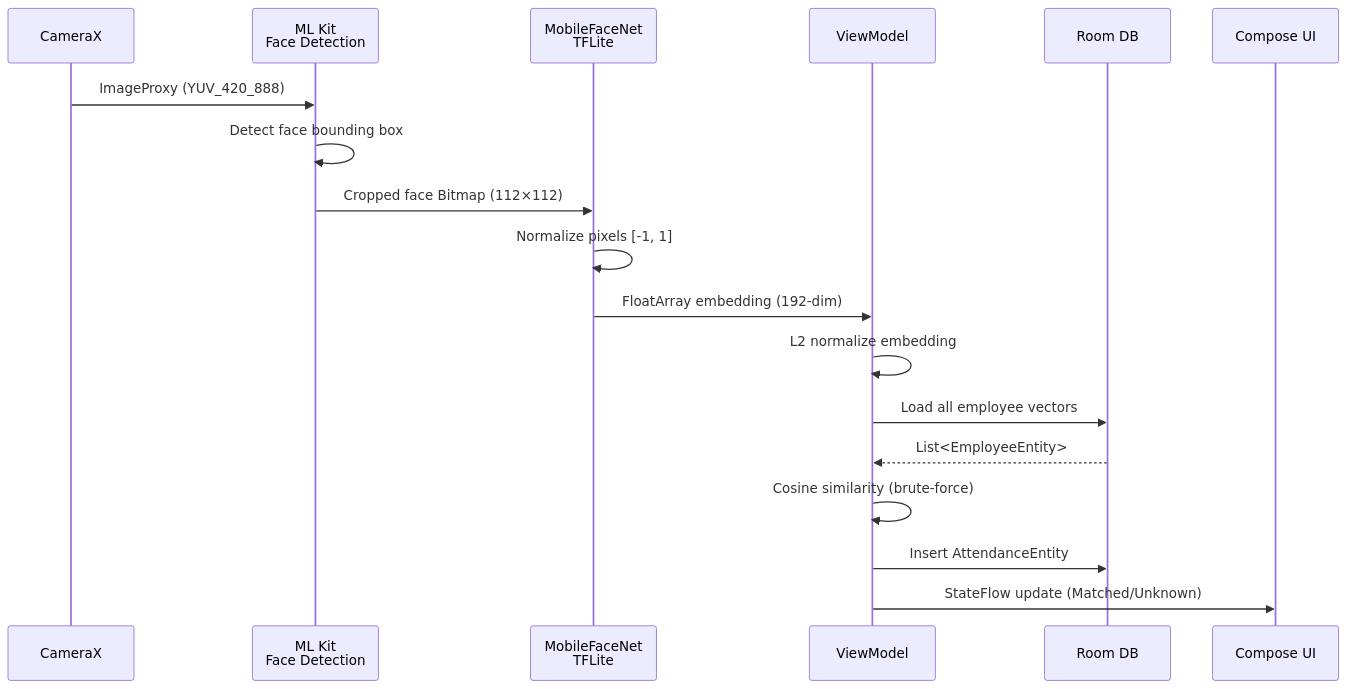
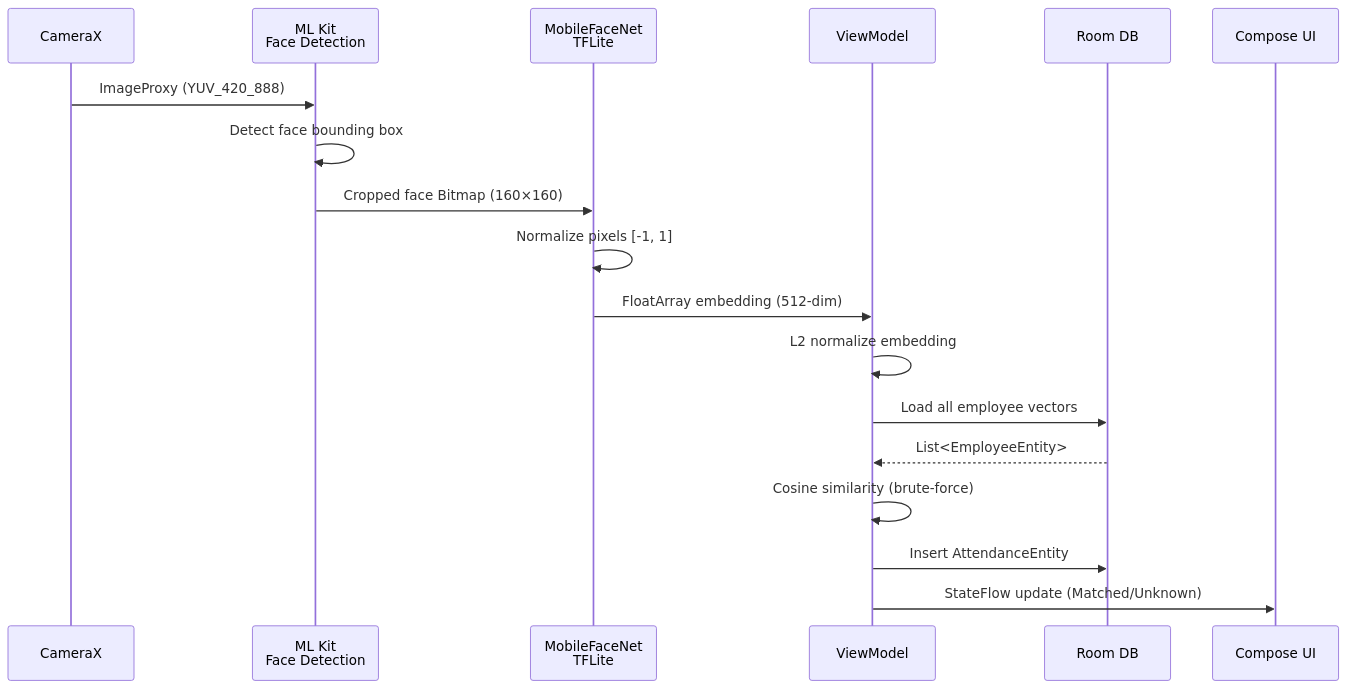
The diagram in architecture_overview.md (haiduog-prog/TimeKeepingBHVP), drawn with Mermaid before and after one commit. The commit also changed 27 other files, not shown here.

First line of the commit message:
Update database schema and add type-safe navigation

````diff
--- a/architecture_overview.md
+++ b/architecture_overview.md
@@ -45,21 +45,21 @@
 ```mermaid
 sequenceDiagram
     participant Camera as CameraX
     participant MLKit as ML Kit<br/>Face Detection
     participant TFLite as MobileFaceNet<br/>TFLite
     participant VM as ViewModel
     participant Room as Room DB
     participant UI as Compose UI
 
     Camera->>MLKit: ImageProxy (YUV_420_888)
     MLKit->>MLKit: Detect face bounding box
-    MLKit->>TFLite: Cropped face Bitmap (112×112)
+    MLKit->>TFLite: Cropped face Bitmap (160×160)
     TFLite->>TFLite: Normalize pixels [-1, 1]
-    TFLite->>VM: FloatArray embedding (192-dim)
+    TFLite->>VM: FloatArray embedding (512-dim)
     VM->>VM: L2 normalize embedding
     VM->>Room: Load all employee vectors
     Room-->>VM: List<EmployeeEntity>
     VM->>VM: Cosine similarity (brute-force)
     VM->>Room: Insert AttendanceEntity
     VM->>UI: StateFlow update (Matched/Unknown)
 ```
````
